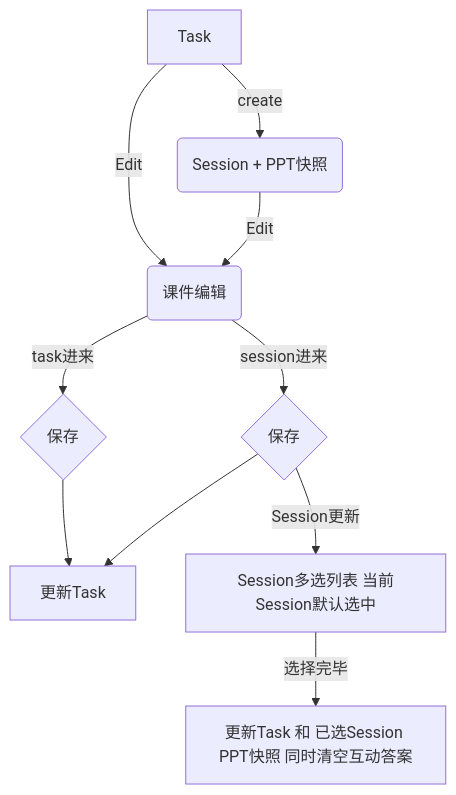
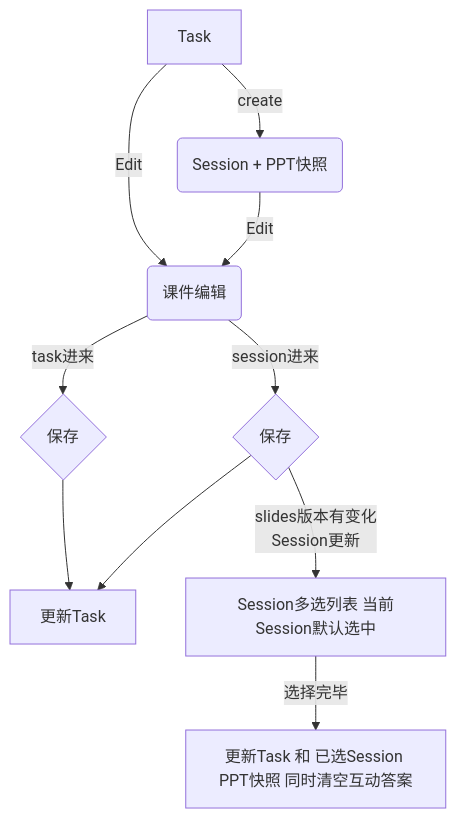
The third of 5 diagrams in main/unit.md (zran-nz/doc), drawn with Mermaid before and after one commit. The commit also changed other lines of this file, not shown here.

````diff
--- a/main/unit.md
+++ b/main/unit.md
@@ -124,13 +124,13 @@
 ```mermaid
 flowchart
 T[Task] --Edit--> Te(课件编辑)
 T[Task] --create--> Ss(Session + PPT快照)
 Ss --Edit--> Te
 Te --task进来--> Sv1{保存}
 Te --session进来--> Sv2{保存}
 Sv1 --> SsS0[更新Task]
 Sv2 --> SsS0[更新Task]
-Sv2 --Session更新--> S2[Session多选列表 当前Session默认选中]
+Sv2 --slides版本有变化<br>Session更新--> S2[Session多选列表 当前Session默认选中]
 S2 --选择完毕--> SsS1[更新Task 和 已选Session PPT快照 同时清空互动答案]
 
 ```
````
